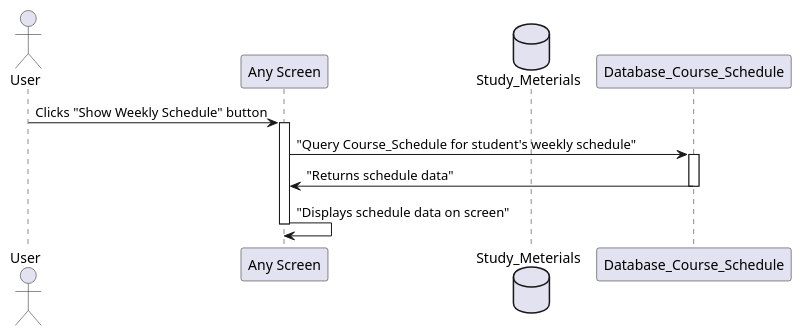
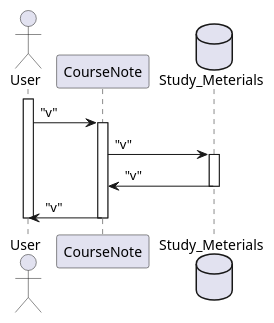
One commit to SergBirarov/academiq-final-project changed the diagram in ניהול חומרי למידה.puml. Above: the diagram before and after it, drawn with PlantUML. The commit also changed 4 other files, not shown here.

Commit message:
Sequence Diagram

```diff
--- a/ניהול חומרי למידה.puml
+++ b/ניהול חומרי למידה.puml
@@ -1,16 +1,16 @@
 @startuml "ניהול חומרי למידה"
 Actor User
-participant GUI as "Any Screen"
+participant GUI as "CourseNote"
 database Study_Meterials as "Study_Meterials"
 
-'activate User
-User->GUI: Clicks "Show Weekly Schedule" button
+activate User
+User->GUI: "v"
 activate GUI
-GUI->Database_Course_Schedule: "Query Course_Schedule for student's weekly schedule"
-activate Database_Course_Schedule
-Database_Course_Schedule->GUI: "Returns schedule data"
-deactivate Database_Course_Schedule
-GUI->GUI: "Displays schedule data on screen"
+GUI->Study_Meterials: "v"
+activate Study_Meterials
+Study_Meterials->GUI: "v"
+deactivate Study_Meterials
+GUI->User: "v" 
 deactivate GUI
-'deactivate User
+deactivate User
 @enduml
```
